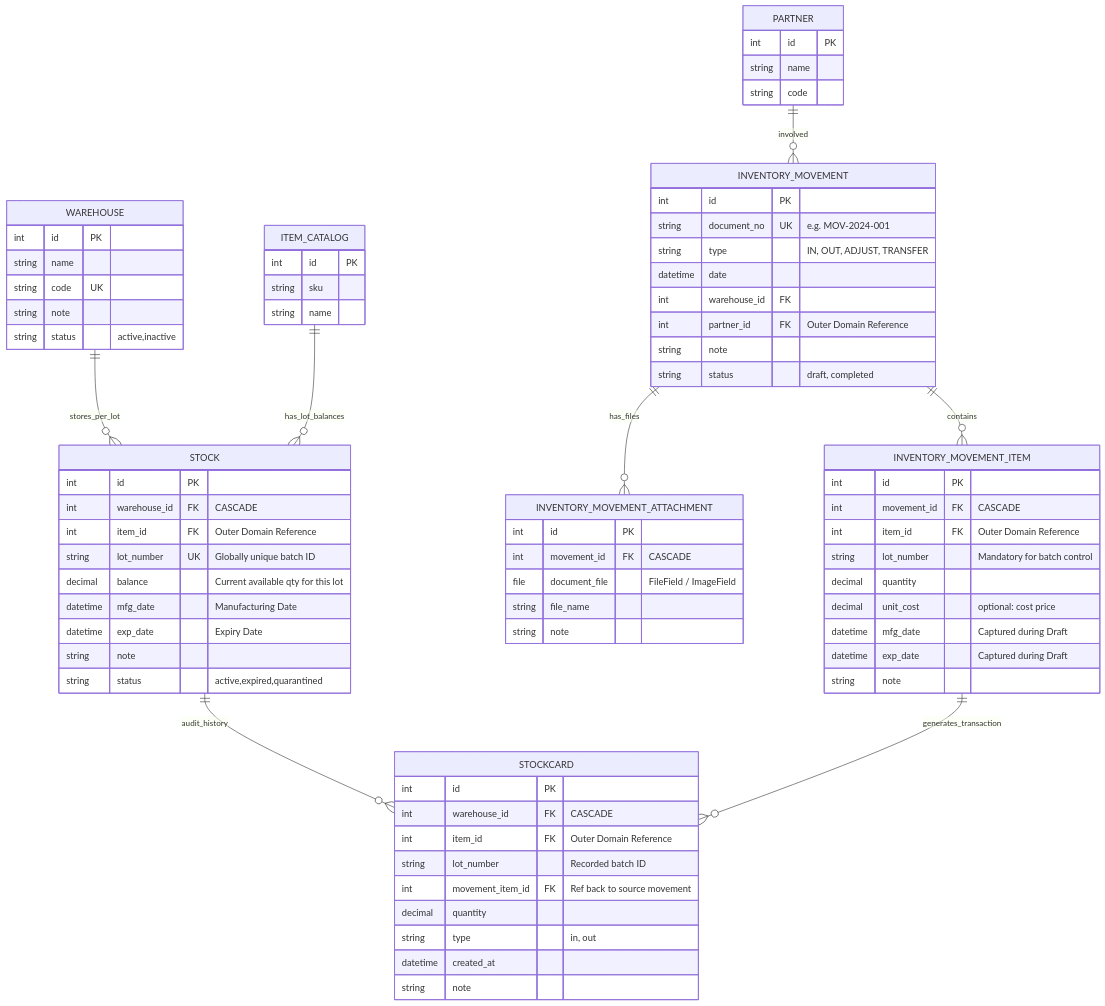
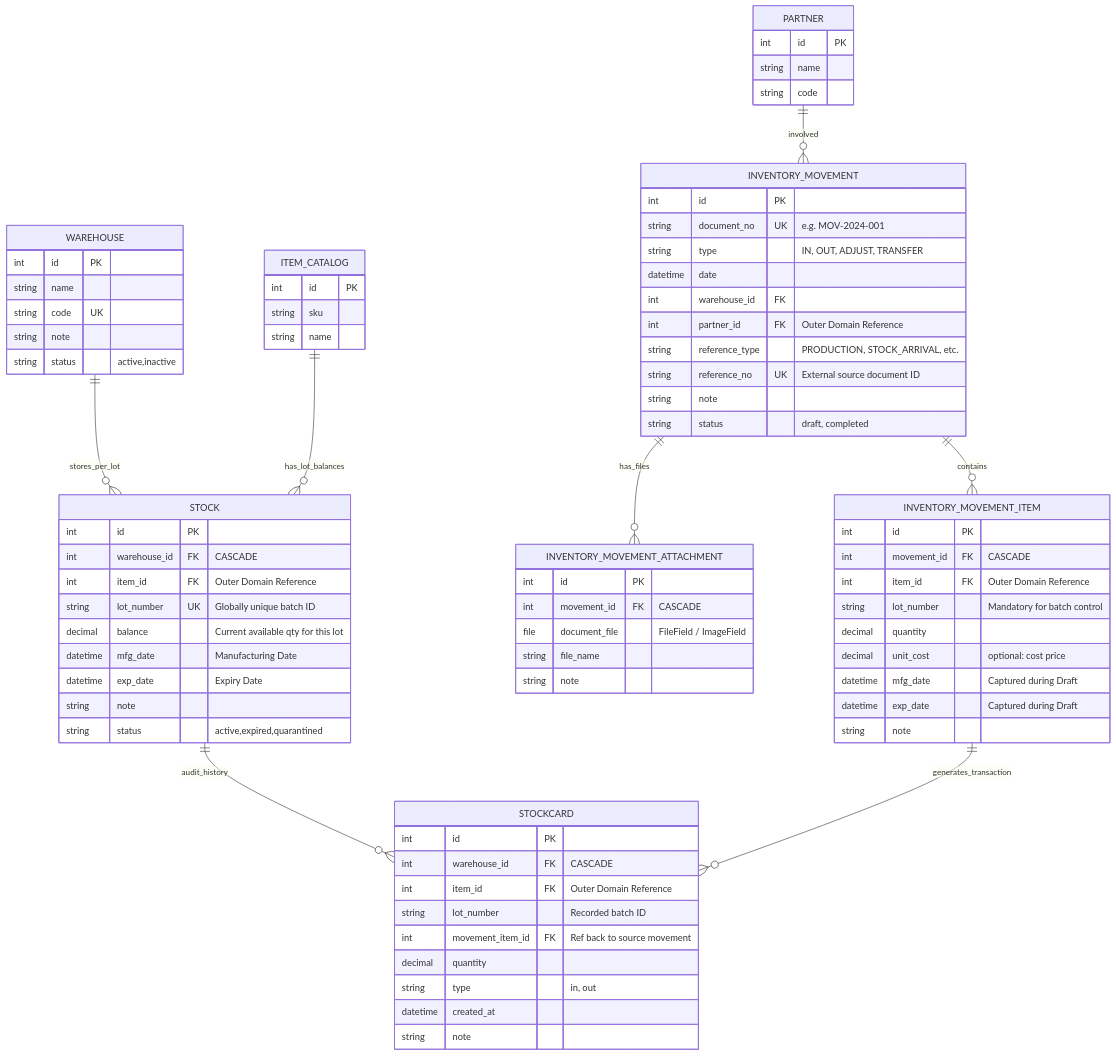
The diagram in django/inventory/docs/ERD.md (lockdoor/tj_inventory), drawn with Mermaid before and after one commit. The commit also changed 14 other files, not shown here.

```diff
--- a/django/inventory/docs/ERD.md
+++ b/django/inventory/docs/ERD.md
@@ -57,6 +57,8 @@
         datetime date
         int warehouse_id FK
         int partner_id FK "Outer Domain Reference"
+        string reference_type "PRODUCTION, STOCK_ARRIVAL, etc."
+        string reference_no UK "External source document ID"
         string note
         string status "draft, completed"
     }
```
